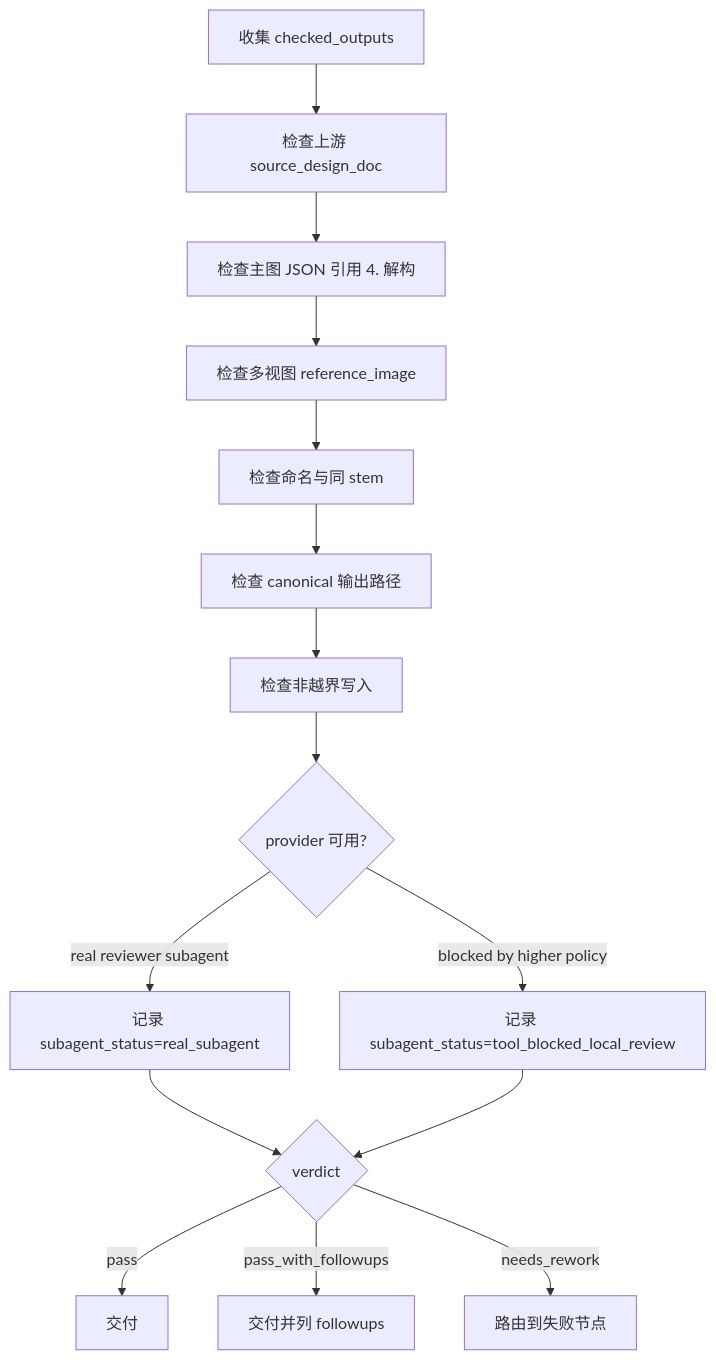
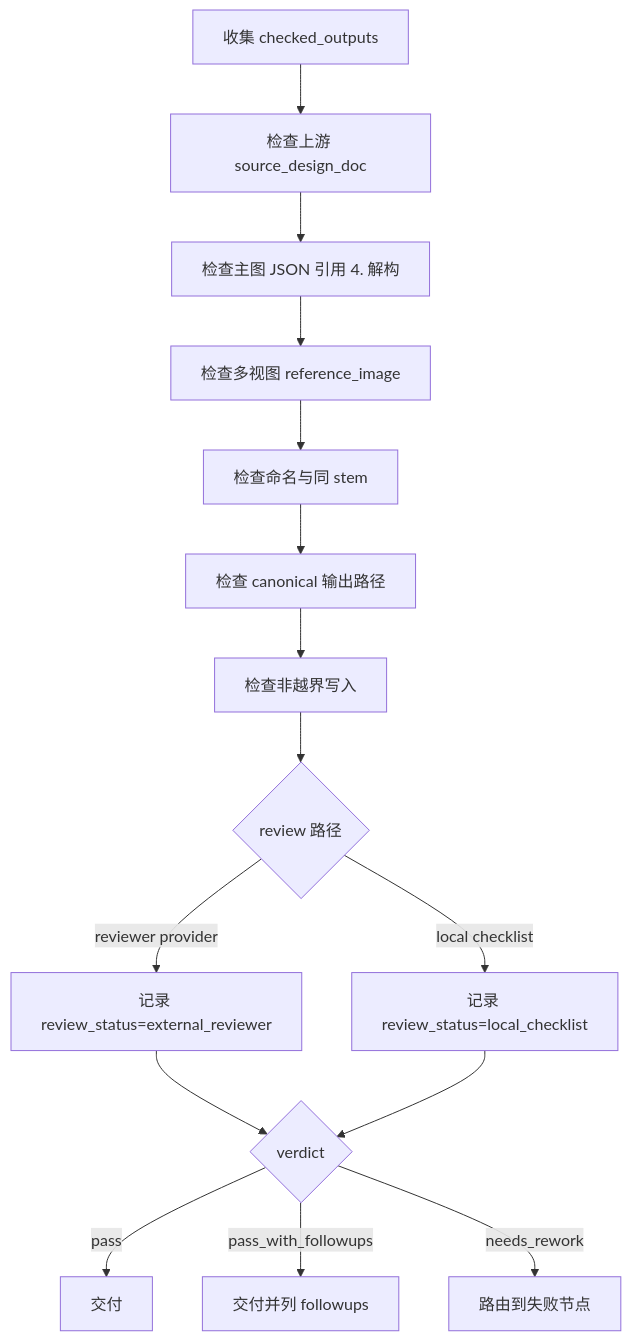
The diagram in .agents/skills/aigc/7-设计/道具/3-生成/review/review-contract.md (ZEN-VOID/AI-CUT), drawn with Mermaid before and after one commit. The commit also changed other lines of this file and 137 other files, not shown here.

````diff
--- a/.agents/skills/aigc/7-设计/道具/3-生成/review/review-contract.md
+++ b/.agents/skills/aigc/7-设计/道具/3-生成/review/review-contract.md
@@ -26,17 +26,17 @@
 ```mermaid
 flowchart TD
     A["收集 checked_outputs"] --> B["检查上游 source_design_doc"]
     B --> C["检查主图 JSON 引用 4. 解构"]
     C --> D["检查多视图 reference_image"]
     D --> E["检查命名与同 stem"]
     E --> F["检查 canonical 输出路径"]
     F --> G["检查非越界写入"]
-    G --> H{"provider 可用?"}
-    H -->|"real reviewer subagent"| I["记录 subagent_status=real_subagent"]
-    H -->|"blocked by higher policy"| J["记录 subagent_status=tool_blocked_local_review"]
+    G --> H{"review 路径"}
+    H -->|"reviewer provider"| I["记录 review_status=external_reviewer"]
+    H -->|"local checklist"| J["记录 review_status=local_checklist"]
     I --> K{"verdict"}
     J --> K
     K -->|"pass"| L["交付"]
     K -->|"pass_with_followups"| M["交付并列 followups"]
     K -->|"needs_rework"| N["路由到失败节点"]
 ```
````
